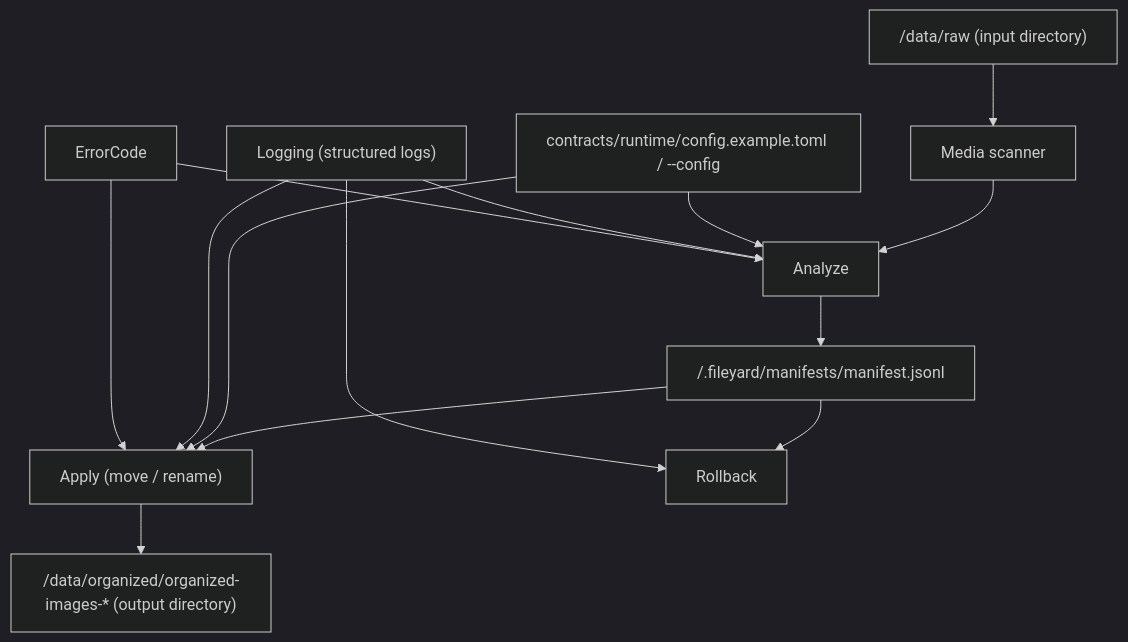
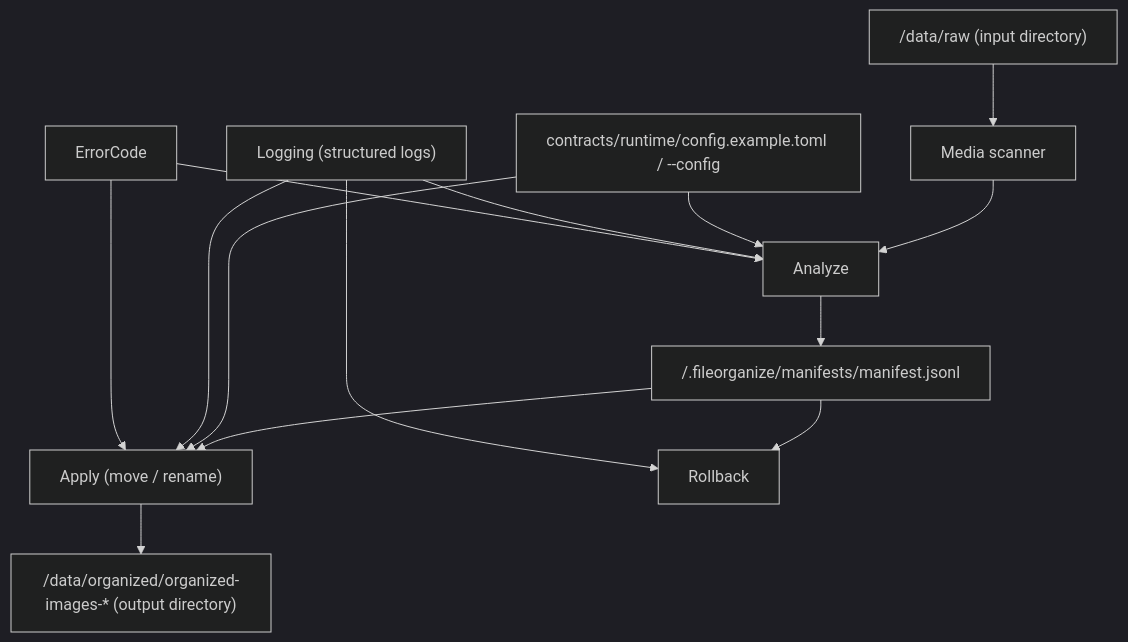
Before and after one commit to xiaojiou176-open/fileorganize: the first of 2 diagrams in docs/architecture.md, drawn with Mermaid (dark theme). The commit also changed other lines of this file and 285 other files, not shown here.

First line of the commit message:
chore(rebrand): fileyard → fileorganize (v3 deep rename)

````diff
--- a/docs/architecture.md
+++ b/docs/architecture.md
@@ -3,16 +3,16 @@
 ```mermaid
 graph TD
     A["<workspace-root>/data/raw (input directory)"] --> B["Media scanner"]
     B --> C["Analyze"]
-    C --> D["<workspace-root>/.fileyard/manifests/manifest.jsonl"]
+    C --> D["<workspace-root>/.fileorganize/manifests/manifest.jsonl"]
     D --> E["Apply (move / rename)"]
     E --> F["<workspace-root>/data/organized/organized-images-* (output directory)"]
     D --> G["Rollback"]
     H["contracts/runtime/config.example.toml / --config"] --> C
     H --> E
     I["Logging (structured logs)"] --> C
     I --> E
     I --> G
     J["ErrorCode"] --> C
     J --> E
 ```
````
